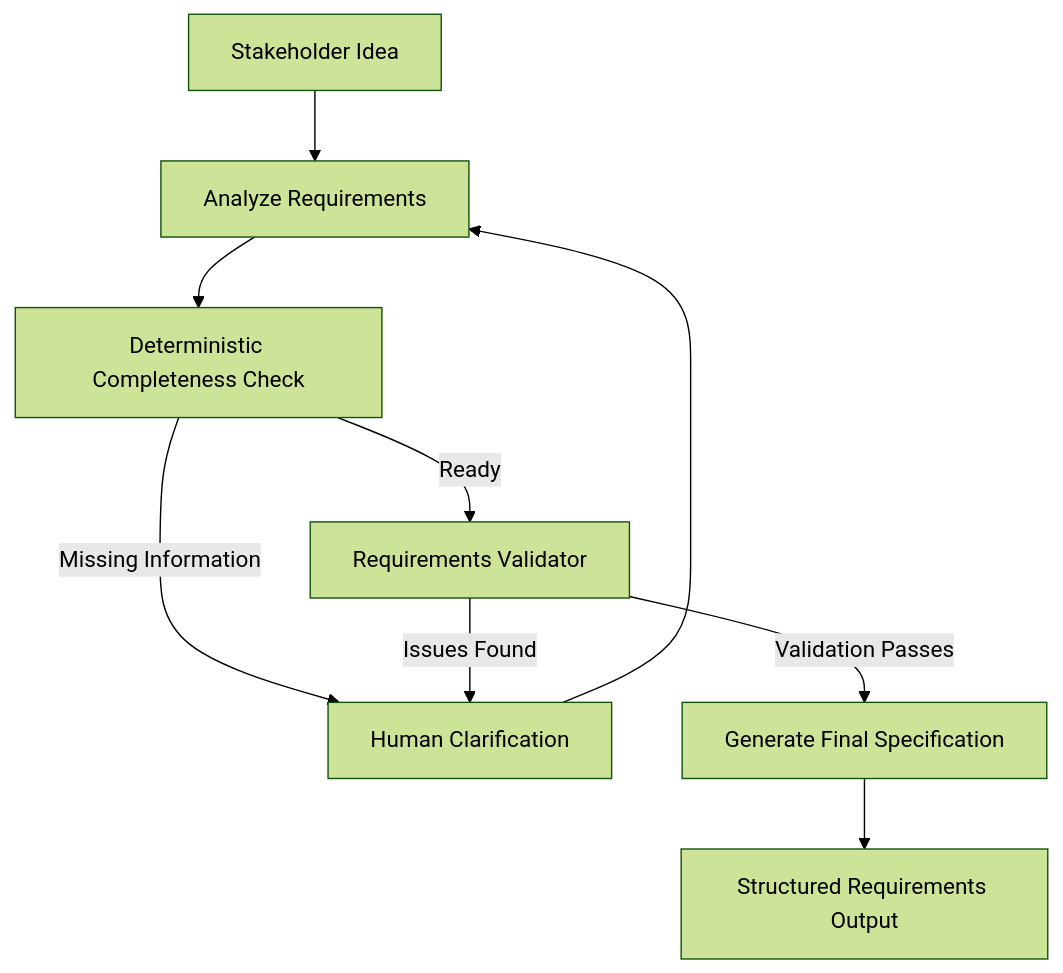
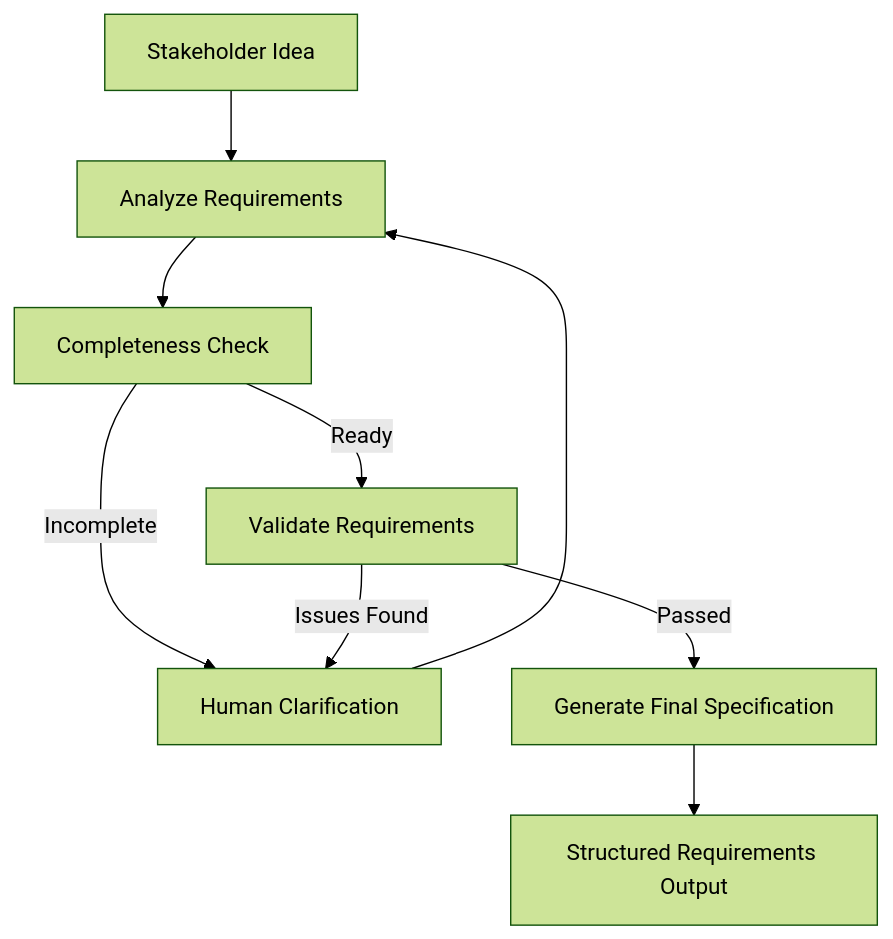
One commit to nithikeshreddy/requirements-collection-agent changed the second of 2 diagrams in README.md. Above: the diagram before and after it, drawn with Mermaid (forest theme). The commit also changed other lines of this file, not shown here.

````diff
--- a/README.md
+++ b/README.md
@@ -605,17 +526,17 @@
 ```mermaid
 flowchart TD
     A[Stakeholder Idea] --> B[Analyze Requirements]
 
-    B --> C[Deterministic Completeness Check]
+    B --> C[Completeness Check]
 
-    C -->|Missing Information| D[Human Clarification]
+    C -->|Incomplete| D[Human Clarification]
     D --> B
 
-    C -->|Ready| E[Requirements Validator]
+    C -->|Ready| E[Validate Requirements]
 
     E -->|Issues Found| D
 
-    E -->|Validation Passes| F[Generate Final Specification]
+    E -->|Passed| F[Generate Final Specification]
 
     F --> G[Structured Requirements Output]
 ```
````
